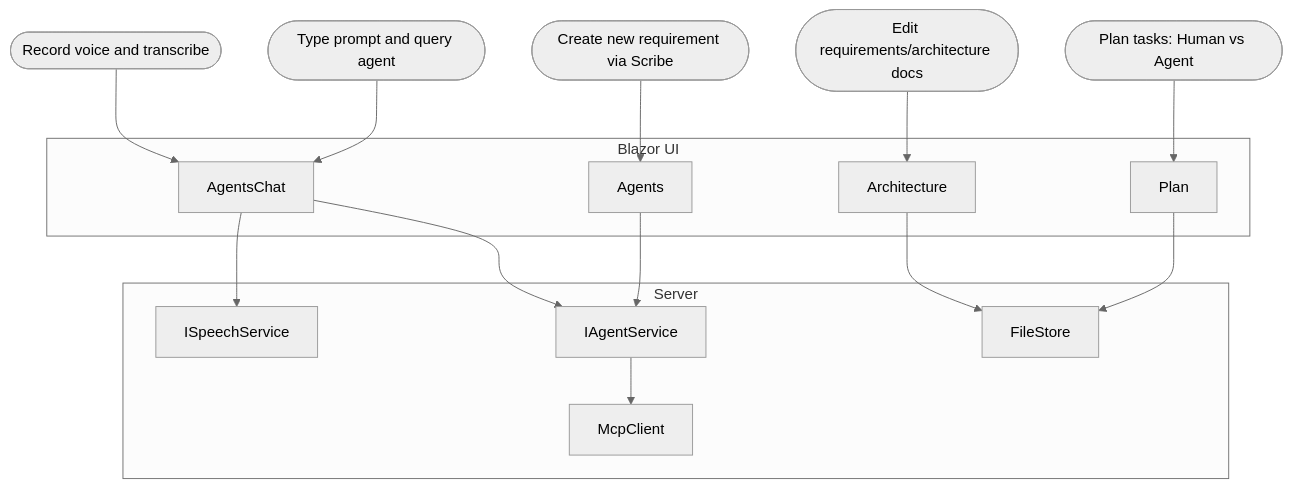
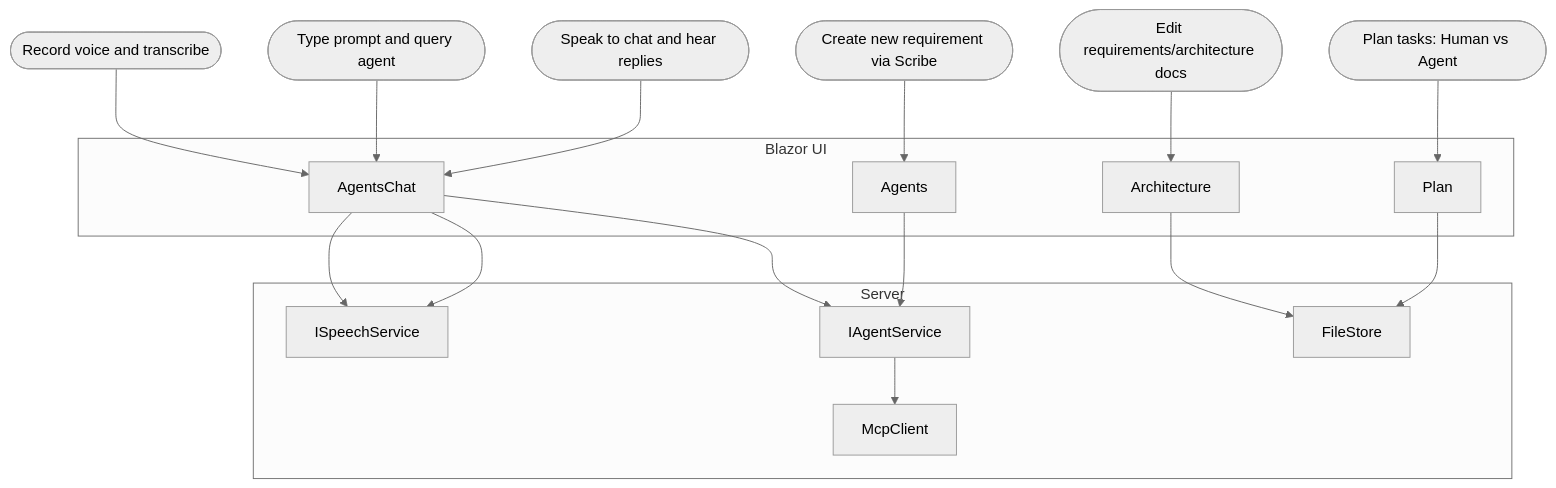
The diagram in docs/architecture/use-cases.mmd (GrantMill/CodeHero), drawn with Mermaid (neutral theme) before and after one commit. The commit also changed 7 other files, not shown here.

Commit message:
updated architecture and plan

```diff
--- a/docs/architecture/use-cases.mmd
+++ b/docs/architecture/use-cases.mmd
@@ -1,29 +1,31 @@
 %% Use cases illustrating user interactions
 flowchart TD
   UC1([Record voice and transcribe])
   UC2([Type prompt and query agent])
   UC3([Create new requirement via Scribe])
   UC4([Edit requirements/architecture docs])
   UC5([Plan tasks: Human vs Agent])
+  UC6([Speak to chat and hear replies])
 
   subgraph UI[Blazor UI]
     A1[AgentsChat]
     A2[Agents]
     A3[Plan]
     A4[Architecture]
   end
 
   subgraph Services[Server]
     S1[ISpeechService]
     S2[IAgentService]
     S3[FileStore]
     S4[McpClient]
   end
 
   UC1 --> A1 --> S1
   UC2 --> A1 --> S2
   UC3 --> A2 --> S2
   UC4 --> A4 --> S3
   UC5 --> A3 --> S3
+  UC6 --> A1 --> S1
 
   S2 --> S4
```
